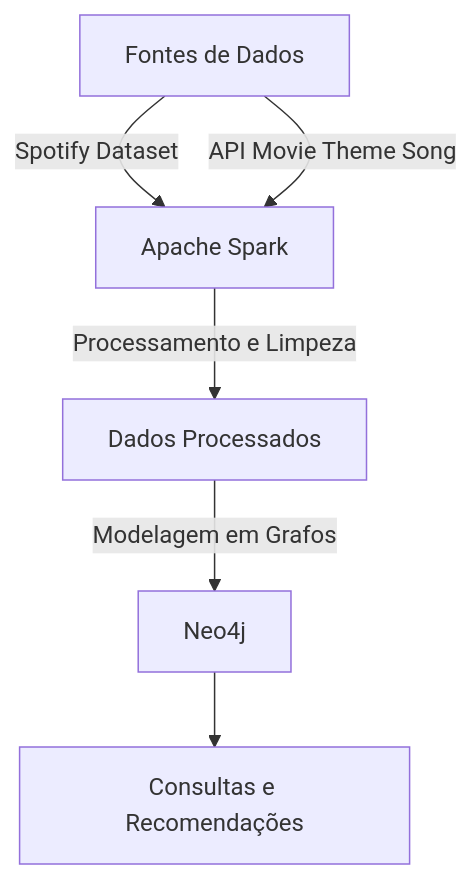
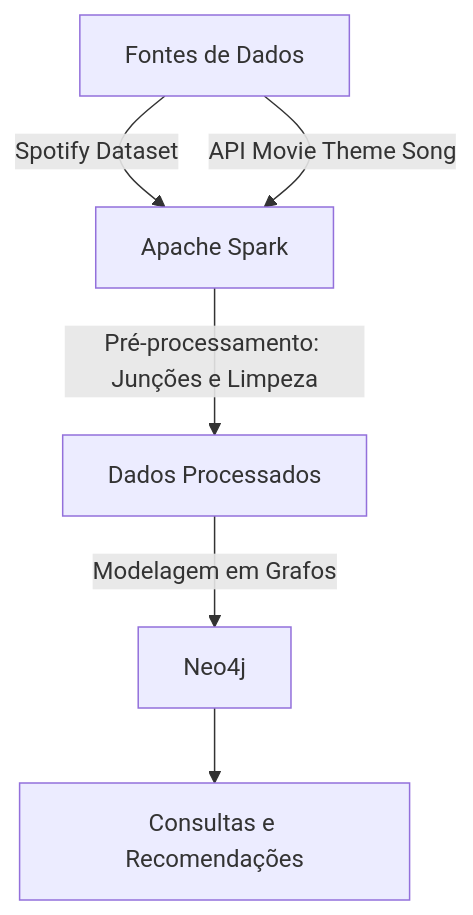
One commit to BeatrizPat/UFSCar-CC-So-PMD2025-Grupo05 changed the diagram in README.md. Above: the diagram before and after it, drawn with Mermaid. The commit also changed other lines of this file, not shown here.

````diff
--- a/README.md
+++ b/README.md
@@ -30,8 +35,8 @@
 ```mermaid
 graph TD
     A[Fontes de Dados] -->|Spotify Dataset| B[Apache Spark]
     A -->|API Movie Theme Song| B
-    B -->|Processamento e Limpeza| C[Dados Processados]
+    B -->|Pré-processamento: Junções e Limpeza| C[Dados Processados]
     C -->|Modelagem em Grafos| D[Neo4j]
     D --> E[Consultas e Recomendações]
 ```
````
